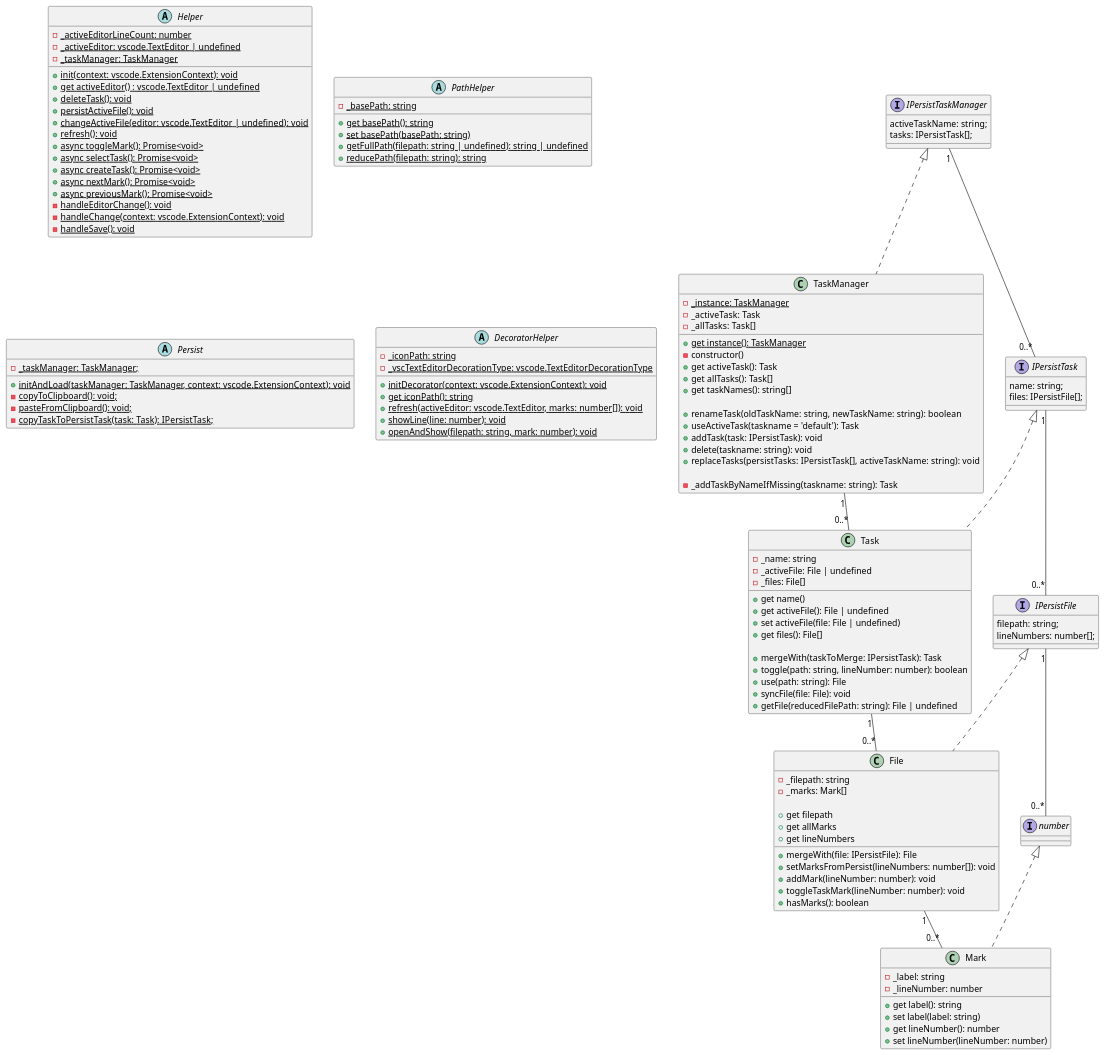
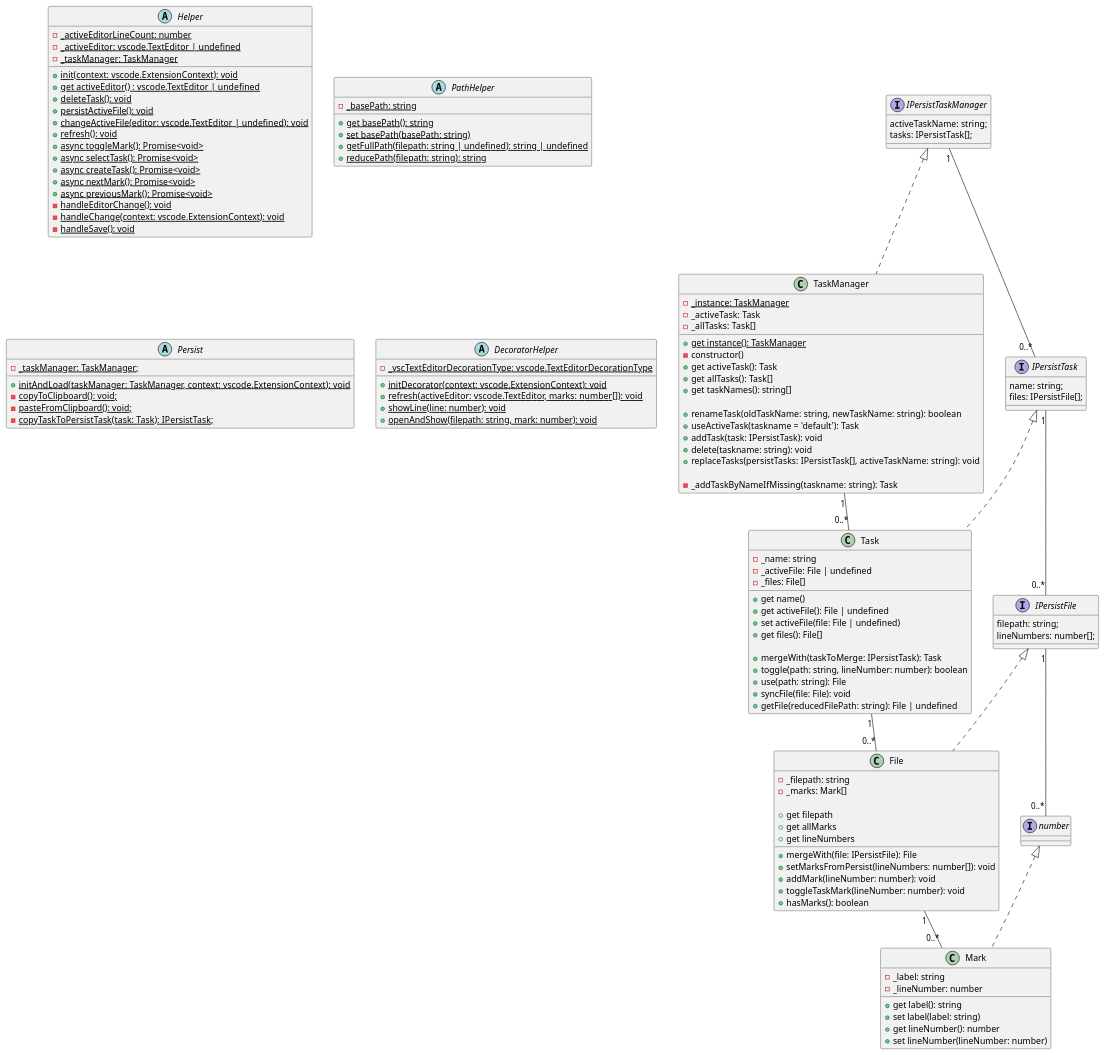
Before and after one commit to norbertK/taskmarks: the diagram in docu/inMemory.puml, drawn with PlantUML. The commit also changed 12 other files, not shown here.

```diff
--- a/docu/inMemory.puml
+++ b/docu/inMemory.puml
@@ -2,143 +2,141 @@
 @startuml
 
 class TaskManager {
     -{static}_instance: TaskManager
     +{static}get instance(): TaskManager
     -constructor()
     -_activeTask: Task
     -_allTasks: Task[]
 
     +get activeTask(): Task
     +get allTasks(): Task[]
     +get taskNames(): string[]
 
     +renameTask(oldTaskName: string, newTaskName: string): boolean
     +useActiveTask(taskname = 'default'): Task
     +addTask(task: IPersistTask): void
     +delete(taskname: string): void
     +replaceTasks(persistTasks: IPersistTask[], activeTaskName: string): void
 
     -_addTaskByNameIfMissing(taskname: string): Task
 }
 
 class Task {
  -_name: string
  -_activeFile: File | undefined
  -_files: File[]
 
  +get name()
  +get activeFile(): File | undefined
  +set activeFile(file: File | undefined)
  +get files(): File[]
 
  +mergeWith(taskToMerge: IPersistTask): Task
  +toggle(path: string, lineNumber: number): boolean
  +use(path: string): File
  +syncFile(file: File): void
  +getFile(reducedFilePath: string): File | undefined
 }
 
 class File {
  -_filepath: string
  -_marks: Mark[]
 
  +get filepath
  +get allMarks
  +get lineNumbers
 
  +mergeWith(file: IPersistFile): File
  +setMarksFromPersist(lineNumbers: number[]): void
  +addMark(lineNumber: number): void
  +toggleTaskMark(lineNumber: number): void
  +hasMarks(): boolean
 }
 
 class Mark {
  -_label: string
  -_lineNumber: number
 
  +get label(): string
  +set label(label: string)
  +get lineNumber(): number
  +set lineNumber(lineNumber: number)
 }
 
 TaskManager "1" -- "0..*" Task
 Task "1" -- "0..*" File
 File "1" -- "0..*" Mark
 
 
 interface IPersistTaskManager {
   activeTaskName: string;
   tasks: IPersistTask[];
 }
 
 interface IPersistTask {
   name: string;
   files: IPersistFile[];
 }
 
 interface IPersistFile {
   filepath: string;
   lineNumbers: number[];
 }
 interface number {
 }
 
 IPersistTaskManager "1" -- "0..*" IPersistTask
 IPersistTask "1" -- "0..*" IPersistFile
 IPersistFile "1" -- "0..*" number
 
 
 IPersistTaskManager <|.. TaskManager
 IPersistTask <|.. Task
 IPersistFile <|.. File
 number <|.. Mark
 
 abstract class Helper{
     -{static}_activeEditorLineCount: number
     -{static}_activeEditor: vscode.TextEditor | undefined
     -{static}_taskManager: TaskManager
     +{static}init(context: vscode.ExtensionContext): void
     +{static}get activeEditor() : vscode.TextEditor | undefined
     +{static}deleteTask(): void
     +{static}persistActiveFile(): void
     +{static}changeActiveFile(editor: vscode.TextEditor | undefined): void
     +{static}refresh(): void
     +{static}async toggleMark(): Promise<void>
     +{static}async selectTask(): Promise<void>
     +{static}async createTask(): Promise<void>
     +{static}async nextMark(): Promise<void>
     +{static}async previousMark(): Promise<void>
     -{static}handleEditorChange(): void
     -{static}handleChange(context: vscode.ExtensionContext): void
     -{static}handleSave(): void
 }
 
 abstract class PathHelper{
     -{static}_basePath: string
     +{static}get basePath(): string
     +{static}set basePath(basePath: string)
     +{static}getFullPath(filepath: string | undefined): string | undefined
     +{static}reducePath(filepath: string): string
 }
 
 abstract class Persist{
     -{static}_taskManager: TaskManager;
     +{static}initAndLoad(taskManager: TaskManager, context: vscode.ExtensionContext): void
     -{static}copyToClipboard(): void;
     -{static}pasteFromClipboard(): void;
     -{static}copyTaskToPersistTask(task: Task): IPersistTask;
 }
 
 abstract class DecoratorHelper{
-    -{static}_iconPath: string
     -{static}_vscTextEditorDecorationType: vscode.TextEditorDecorationType
     +{static}initDecorator(context: vscode.ExtensionContext): void
-    +{static}get iconPath(): string
     +{static}refresh(activeEditor: vscode.TextEditor, marks: number[]): void
     +{static}showLine(line: number): void
     +{static}openAndShow(filepath: string, mark: number): void
 }
 
 @enduml
```
